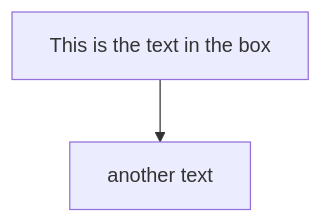
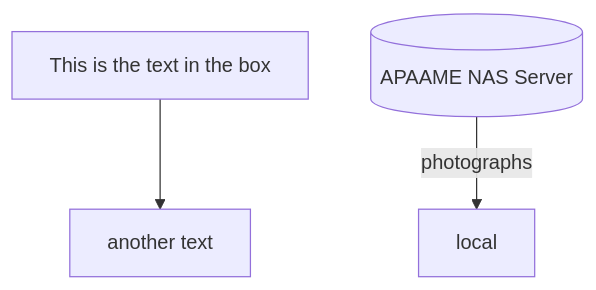
One commit to eamena-project/eamena-arches-dev changed the diagram in projects/apaame-photos/README.md. Above: the diagram before and after it, drawn with Mermaid.

Commit message:
mermaid diag

````diff
--- a/projects/apaame-photos/README.md
+++ b/projects/apaame-photos/README.md
@@ -2,4 +2,5 @@
 ```mermaid
 flowchart TD
     id1[This is the text in the box] --> id2[another text]
+    A[(APAAME NAS Server)] --photographs--> B[local];
 ```
````
